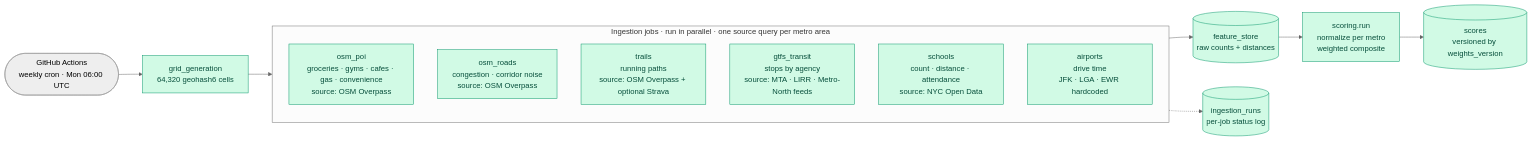
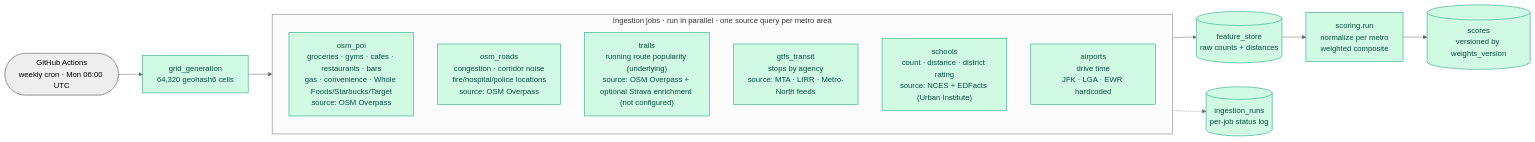
The second of 4 diagrams in ARCHITECTURE.md (prajeshgpat/BenriSpace), drawn with Mermaid (neutral theme) before and after one commit. The commit also changed other lines of this file and 4 other files, not shown here.

Commit message:
docs: v2 data sources, API guide, architecture, README

````diff
--- a/ARCHITECTURE.md
+++ b/ARCHITECTURE.md
@@ -56,25 +56,25 @@
 ```mermaid
 flowchart LR
   cron(["GitHub Actions<br/>weekly cron · Mon 06:00 UTC"])
   grid["grid_generation<br/>64,320 geohash6 cells"]
 
   subgraph jobs["Ingestion jobs · run in parallel · one source query per metro area"]
-    poi["osm_poi<br/>groceries · gyms · cafes · gas · convenience<br/>source: OSM Overpass"]
-    roads["osm_roads<br/>congestion · corridor noise<br/>source: OSM Overpass"]
-    trails["trails<br/>running paths<br/>source: OSM Overpass + optional Strava"]
+    poi["osm_poi<br/>groceries · gyms · cafes · restaurants · bars<br/>gas · convenience · Whole Foods/Starbucks/Target<br/>source: OSM Overpass"]
+    roads["osm_roads<br/>congestion · corridor noise<br/>fire/hospital/police locations<br/>source: OSM Overpass"]
+    trails["trails<br/>running route popularity (underlying)<br/>source: OSM Overpass + optional Strava enrichment (not configured)"]
     transit["gtfs_transit<br/>stops by agency<br/>source: MTA · LIRR · Metro-North feeds"]
-    schools["schools<br/>count · distance · attendance<br/>source: NYC Open Data"]
+    schools["schools<br/>count · distance · district rating<br/>source: NCES + EDFacts (Urban Institute)"]
     airports["airports<br/>drive time<br/>JFK · LGA · EWR hardcoded"]
   end
 
   fs[("feature_store<br/>raw counts + distances")]
   score["scoring.run<br/>normalize per metro<br/>weighted composite"]
   scores[("scores<br/>versioned by weights_version")]
   log[("ingestion_runs<br/>per-job status log")]
 
   cron --> grid --> jobs --> fs --> score --> scores
   jobs -.-> log
 
   classDef live fill:#d1fae5,stroke:#059669,color:#064e3b
   class grid,poi,roads,trails,transit,schools,airports,score,fs,scores,log live
 ```
````
